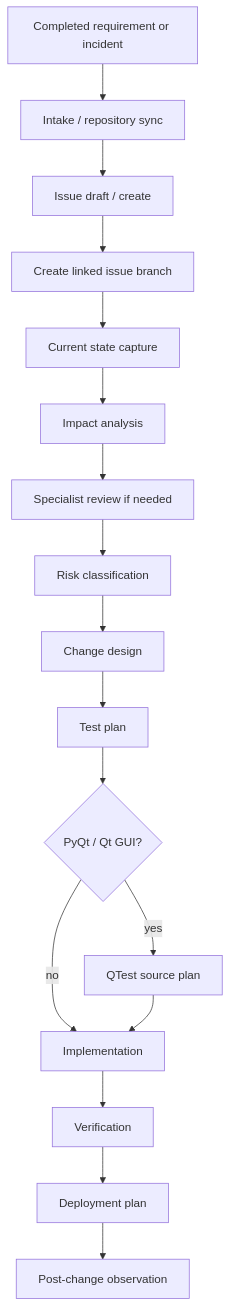
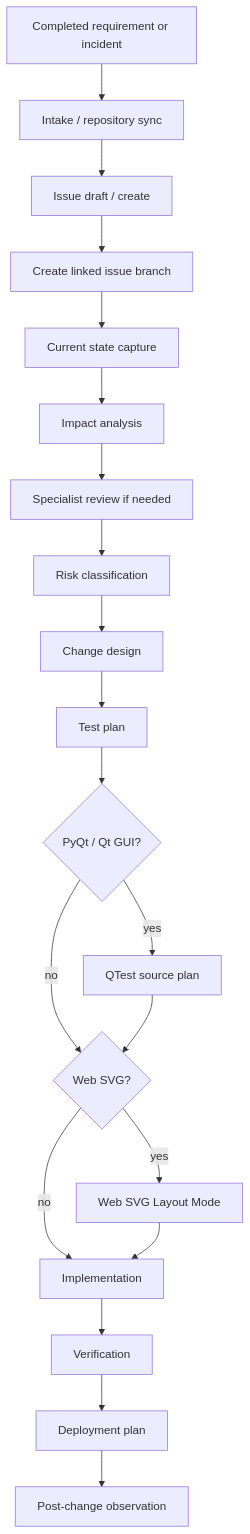
The fourth of 13 diagrams in docs/diagrams/workflow-flowcharts.md (inabako/ariadne-ai-workflow-platform), drawn with Mermaid before and after one commit. The commit also changed other lines of this file and 32 other files, not shown here.

````diff
--- a/docs/diagrams/workflow-flowcharts.md
+++ b/docs/diagrams/workflow-flowcharts.md
@@ -85,19 +88,22 @@
 ```mermaid
 flowchart TD
   A[Completed requirement or incident] --> B[Intake / repository sync]
   B --> C[Issue draft / create]
   C --> D[Create linked issue branch]
   D --> E[Current state capture]
   E --> F[Impact analysis]
   F --> G[Specialist review if needed]
   G --> H[Risk classification]
   H --> I[Change design]
   I --> J[Test plan]
   J --> K{PyQt / Qt GUI?}
   K -- yes --> L[QTest source plan]
-  K -- no --> M[Implementation]
+  K -- no --> M{Web SVG?}
   L --> M
-  M --> N[Verification]
-  N --> O[Deployment plan]
-  O --> P[Post-change observation]
+  M -- yes --> N[Web SVG Layout Mode]
+  M -- no --> O[Implementation]
+  N --> O
+  O --> P[Verification]
+  P --> Q[Deployment plan]
+  Q --> R[Post-change observation]
 ```
````
